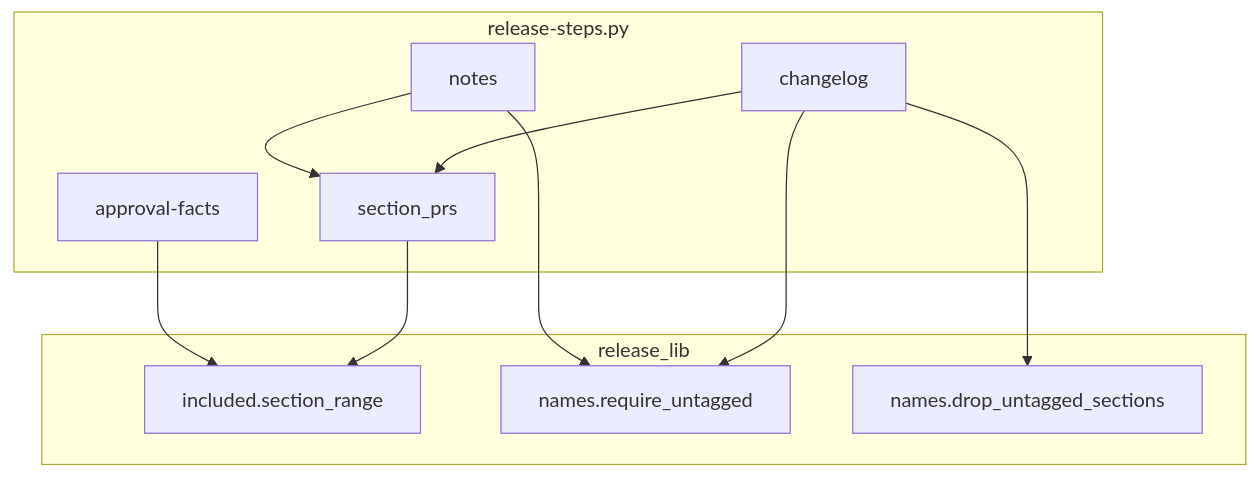
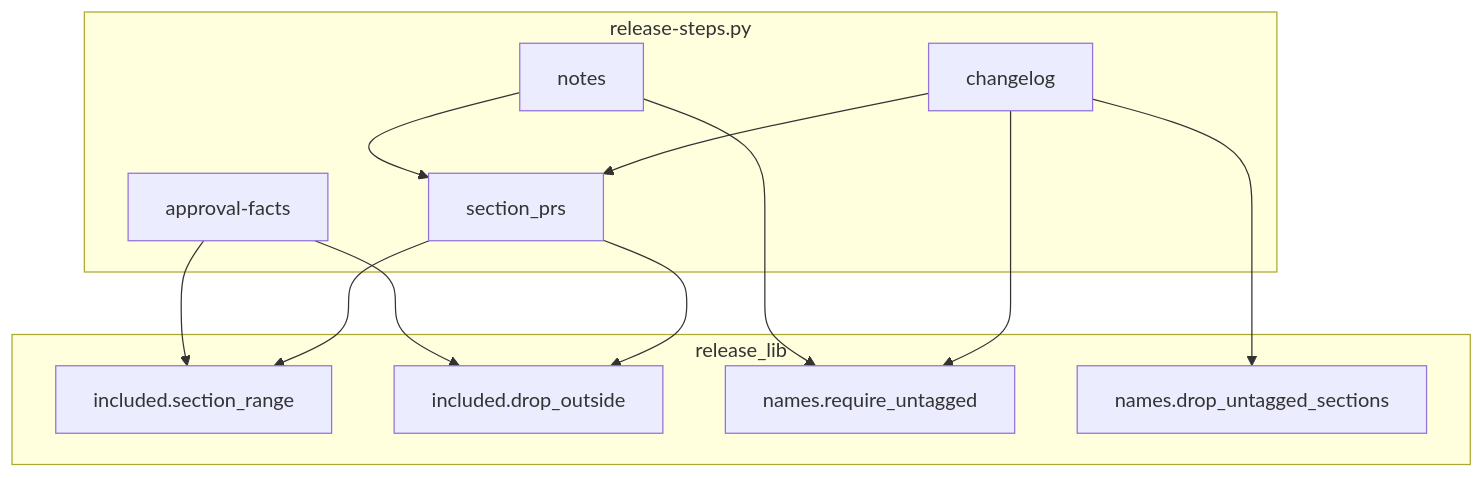
The first of 2 diagrams in issues/issue-2555-design.md (devbasex/ai-plugins), drawn with Mermaid before and after one commit. The commit also changed other lines of this file, not shown here.

````diff
--- a/issues/issue-2555-design.md
+++ b/issues/issue-2555-design.md
@@ -142,21 +144,24 @@
 ```mermaid
 graph TD
     subgraph steps[release-steps.py]
         CL[changelog]
         NT[notes]
         AF[approval-facts]
         SP[section_prs]
     end
     subgraph lib[release_lib]
         SR[included.section_range]
+        DO[included.drop_outside]
         RU[names.require_untagged]
         DU[names.drop_untagged_sections]
     end
     CL --> SP
     NT --> SP
     SP --> SR
     AF --> SR
+    SP --> DO
+    AF --> DO
     CL --> RU
     NT --> RU
     CL --> DU
 ```
````
